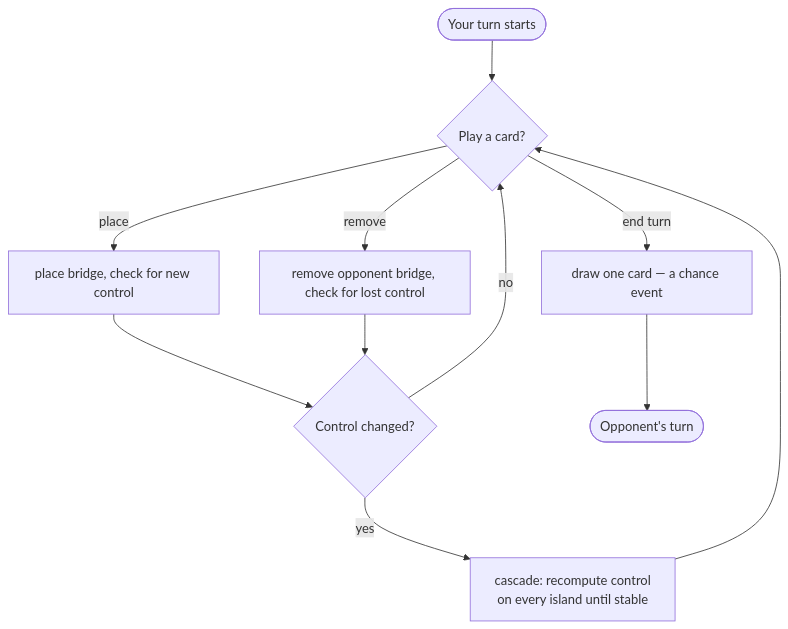
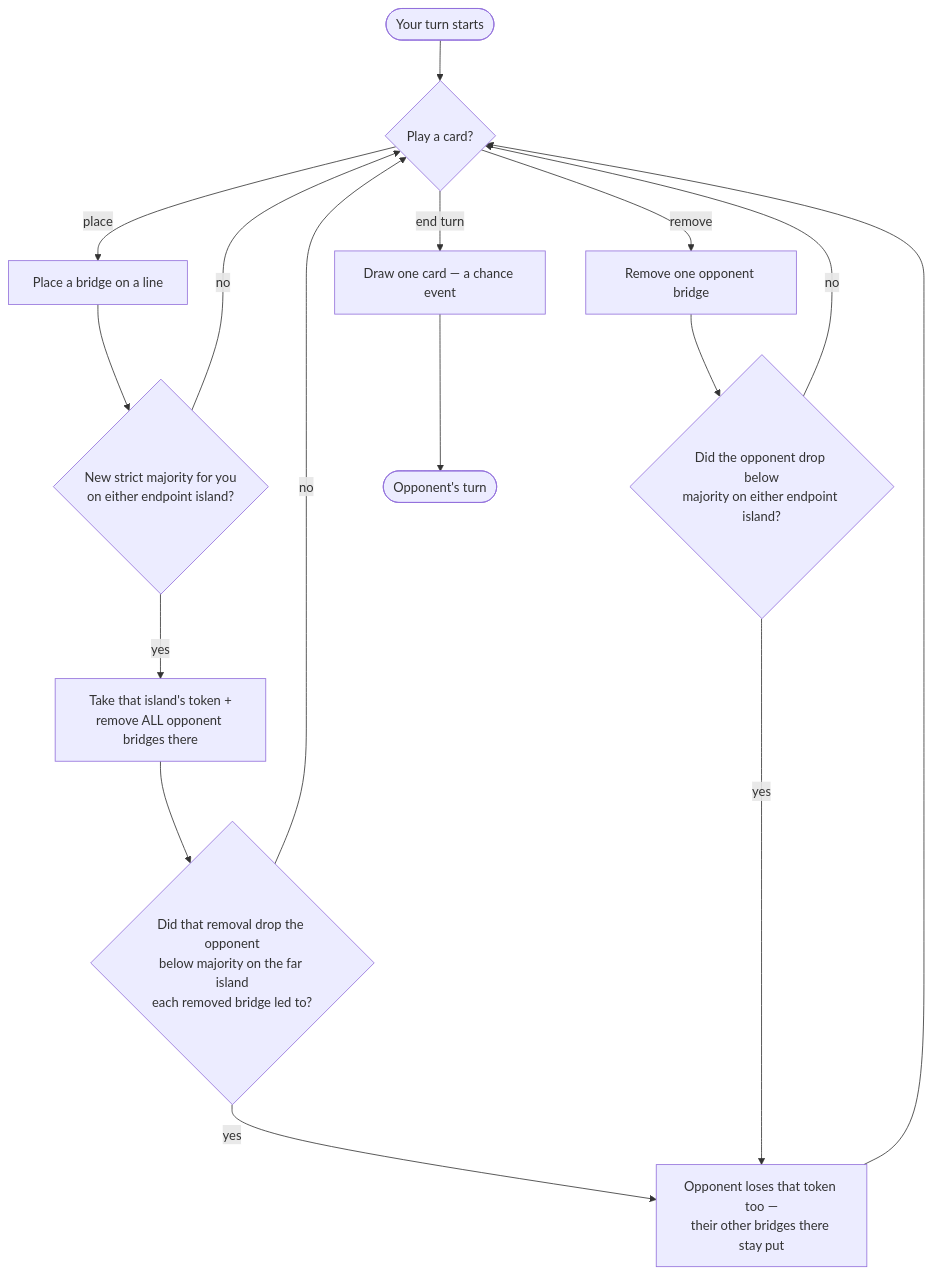
The diagram in meeple/games/kahuna/RULES.md (clee704/meeple), drawn with Mermaid before and after one commit. The commit also changed other lines of this file, not shown here.

First line of the commit message:
docs: fix Kahuna's cascade — it's multi-turn, not a same-move chain

````diff
--- a/meeple/games/kahuna/RULES.md
+++ b/meeple/games/kahuna/RULES.md
@@ -61,13 +64,18 @@
 ```mermaid
 flowchart TD
     A([Your turn starts]) --> B{Play a card?}
-    B -->|place| C[place bridge, check for new control]
-    B -->|remove| D[remove opponent bridge, check for lost control]
-    C --> E{Control changed?}
-    D --> E
-    E -->|yes| F[cascade: recompute control<br/>on every island until stable]
-    E -->|no| B
-    F --> B
-    B -->|end turn| G[draw one card — a chance event]
-    G --> H([Opponent's turn])
+    B -->|place| C[Place a bridge on a line]
+    C --> D{New strict majority for you<br/>on either endpoint island?}
+    D -->|yes| E[Take that island's token +<br/>remove ALL opponent bridges there]
+    D -->|no| B
+    E --> F{Did that removal drop the opponent<br/>below majority on the far island<br/>each removed bridge led to?}
+    F -->|yes| G[Opponent loses that token too —<br/>their other bridges there stay put]
+    F -->|no| B
+    G --> B
+    B -->|remove| H[Remove one opponent bridge]
+    H --> I{Did the opponent drop below<br/>majority on either endpoint island?}
+    I -->|yes| G
+    I -->|no| B
+    B -->|end turn| J[Draw one card — a chance event]
+    J --> K([Opponent's turn])
 ```
````
